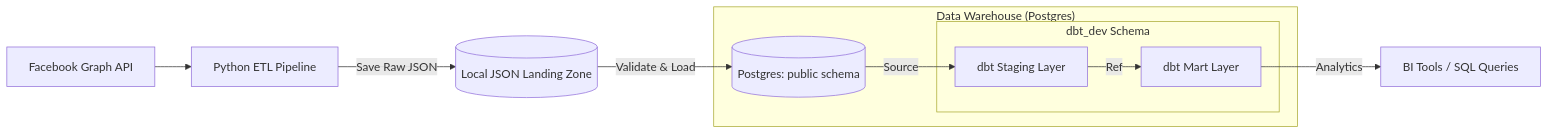
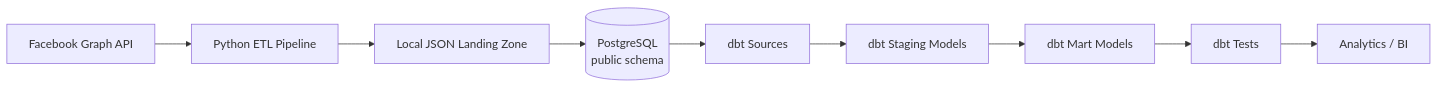
One commit to trinhnguyen212/social_media changed the diagram in README.md. Above: the diagram before and after it, drawn with Mermaid. The commit also changed other lines of this file and 4 other files, not shown here.

Commit message:
Add Docker orchestration, dbt models, tests, and project documentation

````diff
--- a/README.md
+++ b/README.md
@@ -13,17 +30,21 @@
 ```mermaid
 graph LR
-    API[Facebook Graph API] --> PythonETL[Python ETL Pipeline]
-    PythonETL -->|Save Raw JSON| LandingZone[(Local JSON Landing Zone)]
-    LandingZone -->|Validate & Load| PostgresRaw[(Postgres: public schema)]
-    PostgresRaw -->|Source| dbtStaging[dbt Staging Layer]
-    dbtStaging -->|Ref| dbtMarts[dbt Mart Layer]
-    dbtMarts -->|Analytics| BI[BI Tools / SQL Queries]
-    
-    subgraph "Data Warehouse (Postgres)"
-        PostgresRaw
-        subgraph "dbt_dev Schema"
-            dbtStaging
-            dbtMarts
-        end
-    end
+    A[Facebook Graph API]
+    B[Python ETL Pipeline]
+    C[Local JSON Landing Zone]
+    D[(PostgreSQL<br>public schema)]
+    E[dbt Sources]
+    F[dbt Staging Models]
+    G[dbt Mart Models]
+    H[dbt Tests]
+    I[Analytics / BI]
+
+    A --> B
+    B --> C
+    C --> D
+    D --> E
+    E --> F
+    F --> G
+    G --> H
+    H --> I
 ```
````
